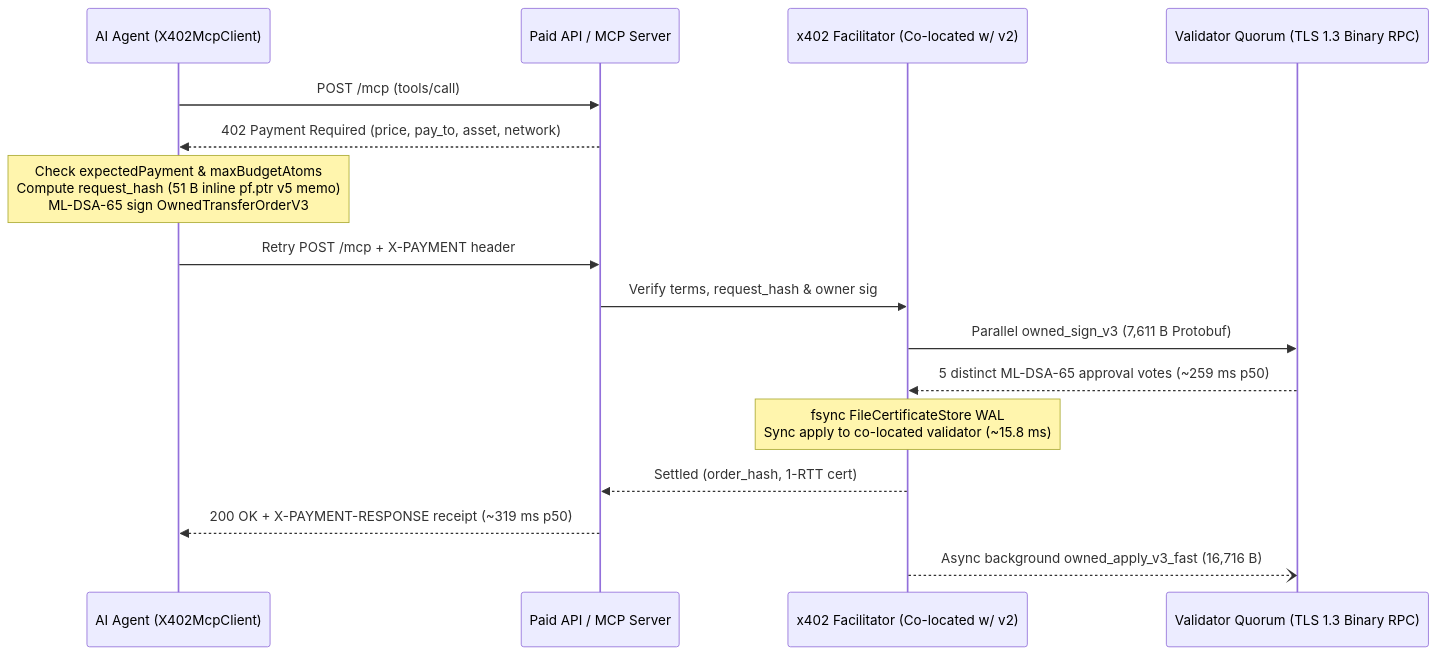
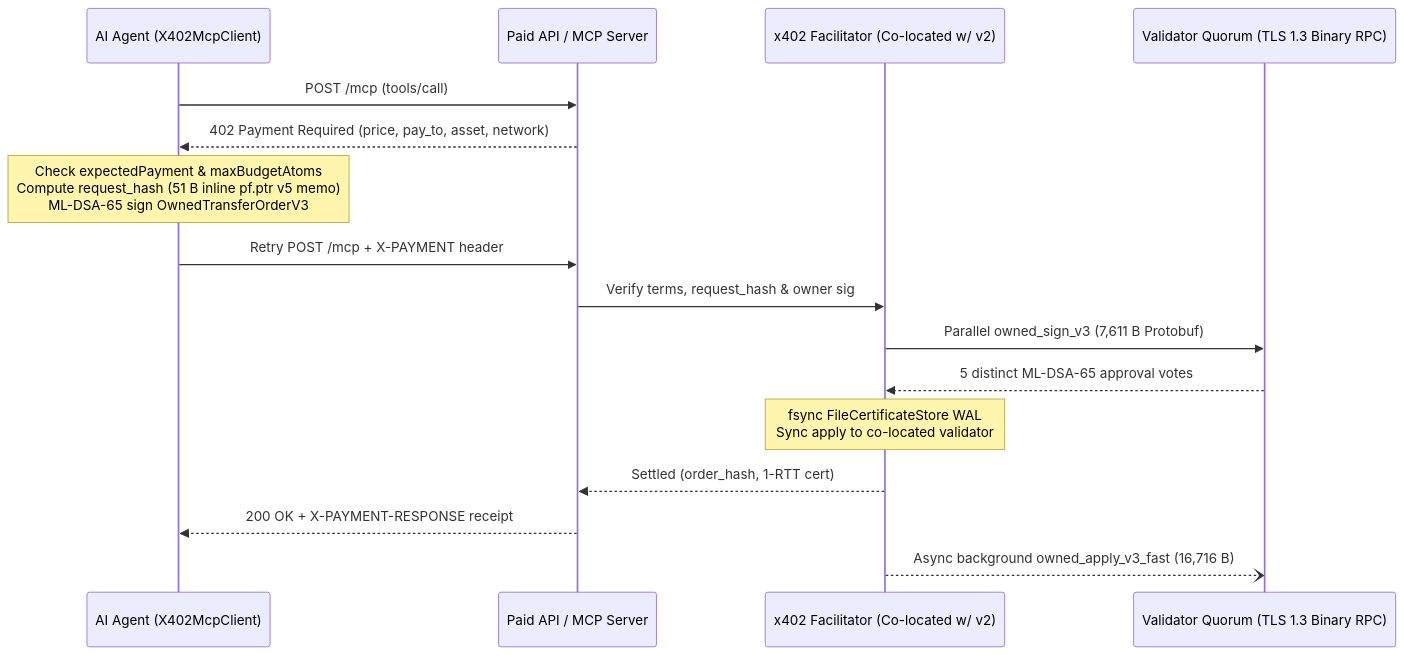
One commit to postfiatorg/postfiatorg.github.io changed the diagram in content/blog/sub-second-post-quantum-fastpay-x402.md. Above: the diagram before and after it, drawn with Mermaid. The commit also changed other lines of this file and 3 other files, not shown here.

````diff
--- a/content/blog/sub-second-post-quantum-fastpay-x402.md
+++ b/content/blog/sub-second-post-quantum-fastpay-x402.md
@@ -145,19 +146,19 @@
 ```mermaid
 sequenceDiagram
     participant Agent as AI Agent (X402McpClient)
     participant API as Paid API / MCP Server
     participant Fac as x402 Facilitator (Co-located w/ v2)
     participant Val as Validator Quorum (TLS 1.3 Binary RPC)
 
     Agent->>API: POST /mcp (tools/call)
     API-->>Agent: 402 Payment Required (price, pay_to, asset, network)
     Note over Agent: Check expectedPayment & maxBudgetAtoms<br/>Compute request_hash (51 B inline pf.ptr v5 memo)<br/>ML-DSA-65 sign OwnedTransferOrderV3
     Agent->>API: Retry POST /mcp + X-PAYMENT header
     API->>Fac: Verify terms, request_hash & owner sig
     Fac->>Val: Parallel owned_sign_v3 (7,611 B Protobuf)
-    Val-->>Fac: 5 distinct ML-DSA-65 approval votes (~259 ms p50)
-    Note over Fac: fsync FileCertificateStore WAL<br/>Sync apply to co-located validator (~15.8 ms)
+    Val-->>Fac: 5 distinct ML-DSA-65 approval votes
+    Note over Fac: fsync FileCertificateStore WAL<br/>Sync apply to co-located validator
     Fac-->>API: Settled (order_hash, 1-RTT cert)
-    API-->>Agent: 200 OK + X-PAYMENT-RESPONSE receipt (~319 ms p50)
+    API-->>Agent: 200 OK + X-PAYMENT-RESPONSE receipt
     Fac--)Val: Async background owned_apply_v3_fast (16,716 B)
 ```
````
